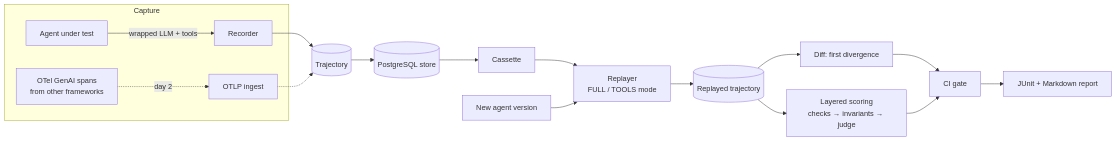
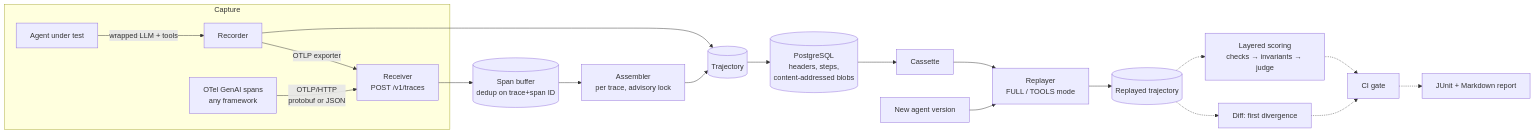
One commit to xeeshan16/agent-replay changed the diagram in README.md. Above: the diagram before and after it, drawn with Mermaid. The commit also changed other lines of this file and 10 other files, not shown here.

First line of the commit message:
Serve an OTLP/HTTP trace receiver and add ingest CLI commands

````diff
--- a/README.md
+++ b/README.md
@@ -24,19 +24,22 @@
 ```mermaid
 flowchart LR
     subgraph Capture
         A[Agent under test] -- wrapped LLM + tools --> R[Recorder]
-        OT[OTel GenAI spans<br/>from other frameworks] -. day 2 .-> I[OTLP ingest]
+        OT[OTel GenAI spans<br/>any framework] -- OTLP/HTTP<br/>protobuf or JSON --> I[Receiver<br/>POST /v1/traces]
+        R -- OTLP exporter --> I
     end
+    I --> B[(Span buffer<br/>dedup on trace+span ID)]
+    B --> AS[Assembler<br/>per trace, advisory lock]
     R --> T[(Trajectory)]
-    I -.-> T
-    T --> S[(PostgreSQL store)]
+    AS --> T
+    T --> S[(PostgreSQL<br/>headers, steps,<br/>content-addressed blobs)]
     S --> C[Cassette]
     C --> RP[Replayer<br/>FULL / TOOLS mode]
     A2[New agent version] --> RP
     RP --> T2[(Replayed trajectory)]
-    T2 --> D[Diff: first divergence]
-    T2 --> SC[Layered scoring<br/>checks → invariants → judge]
-    D --> G[CI gate]
-    SC --> G
-    G --> J[JUnit + Markdown report]
+    T2 -.-> D[Diff: first divergence]
+    T2 -.-> SC[Layered scoring<br/>checks → invariants → judge]
+    D -.-> G[CI gate]
+    SC -.-> G
+    G -.-> J[JUnit + Markdown report]
 ```
````
